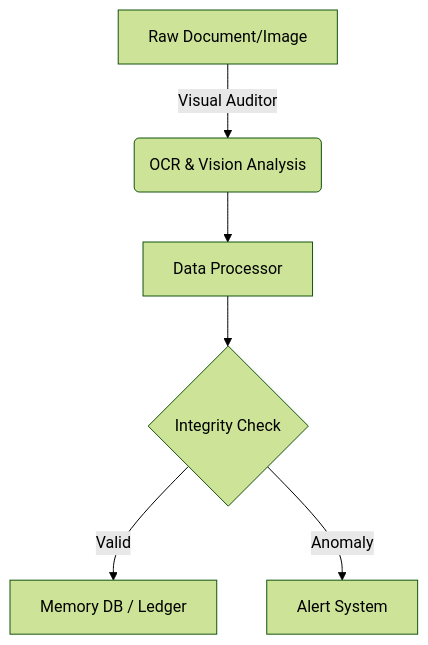
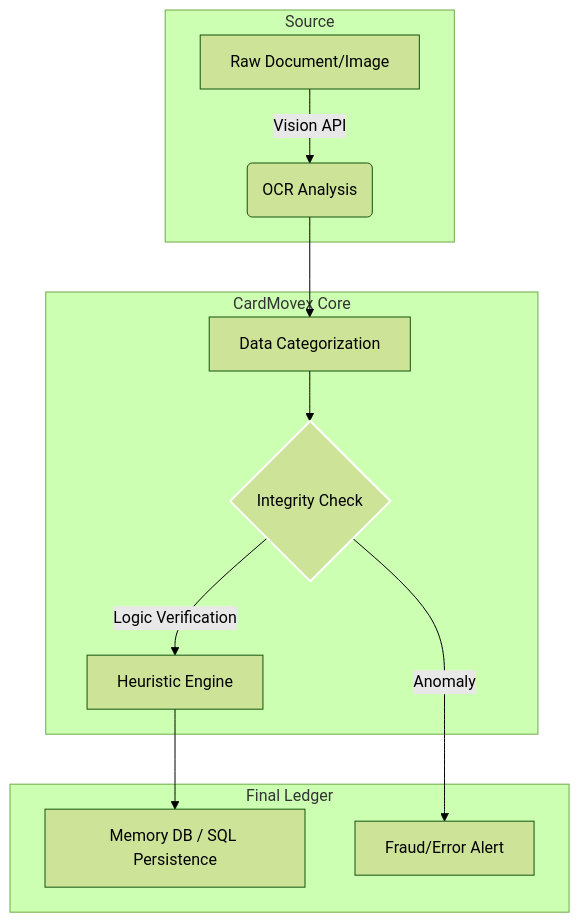
One commit to Bosniack-94/CardMovex changed the diagram in README.md. Above: the diagram before and after it, drawn with Mermaid (forest theme). The commit also changed other lines of this file and 1 other file, not shown here.

Commit message:
Branding: Premium Hero Banners, Architecture Diagrams & Aligned Aesthetic

````diff
--- a/README.md
+++ b/README.md
@@ -17,8 +20,19 @@
 ```mermaid
 graph TD
-    A[Raw Document/Image] -->|Visual Auditor| B(OCR & Vision Analysis)
-    B --> C[Data Processor]
+    subgraph INGESTION [Source]
+    A[Raw Document/Image] -->|Vision API| B(OCR Analysis)
+    end
+
+    subgraph INTELLIGENCE [CardMovex Core]
+    B --> C[Data Categorization]
     C --> D{Integrity Check}
-    D -->|Valid| E[Memory DB / Ledger]
-    D -->|Anomaly| F[Alert System]
+    D -->|Logic Verification| E[Heuristic Engine]
+    end
+
+    subgraph STORAGE [Final Ledger]
+    E --> F[Memory DB / SQL Persistence]
+    D -->|Anomaly| G[Fraud/Error Alert]
+    end
+
+    style D fill:#purple,stroke:#fff,stroke-width:2px
 ```
````
